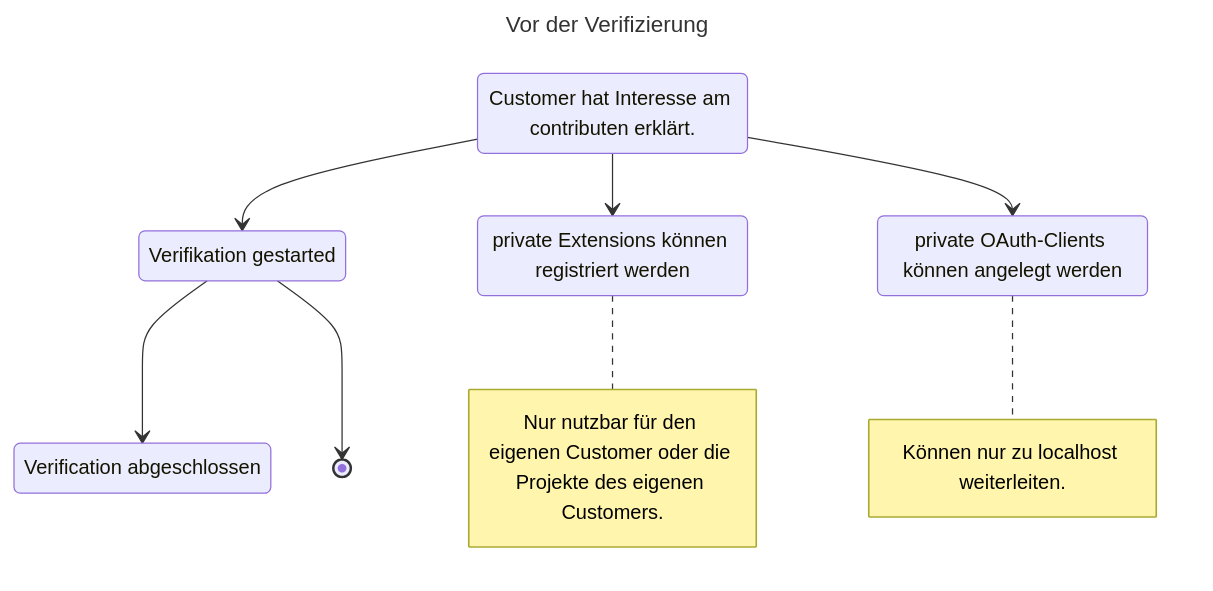
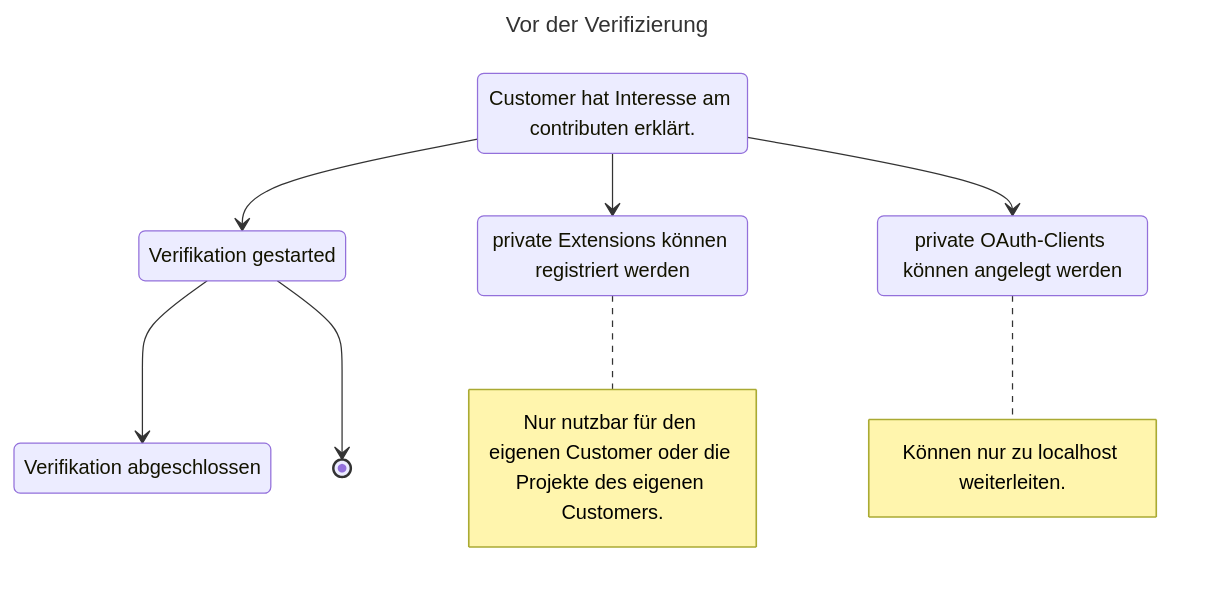
One commit to mittwald/developer-portal changed the first of 2 diagrams in i18n/de/docusaurus-plugin-content-docs/current/contribution/30-overview/3-contributor.mdx. Above: the diagram before and after it, drawn with Mermaid. The commit also changed other lines of this file, not shown here.

Commit message:
fix translation

````diff
--- a/i18n/de/docusaurus-plugin-content-docs/current/contribution/30-overview/3-contributor.mdx
+++ b/i18n/de/docusaurus-plugin-content-docs/current/contribution/30-overview/3-contributor.mdx
@@ -10,25 +10,25 @@
 ```mermaid
 ---
 title: Vor der Verifizierung
 ---
 
 stateDiagram-v2
     C1: Customer hat Interesse am contributen erklärt.
     C2: Verifikation gestarted
-    C3: Verification abgeschlossen
+    C3: Verifikation abgeschlossen
     E1: private Extensions können registriert werden
     O1: private OAuth-Clients können angelegt werden
 
     note right of O1
         Können nur zu localhost weiterleiten.
     end note
     note right of E1
         Nur nutzbar für den eigenen Customer oder die Projekte des eigenen Customers.
     end note
 
     C1 --> C2
     C2 --> C3
     C1 --> E1
     C1 --> O1
     C2 --> [*]
 ```
````
